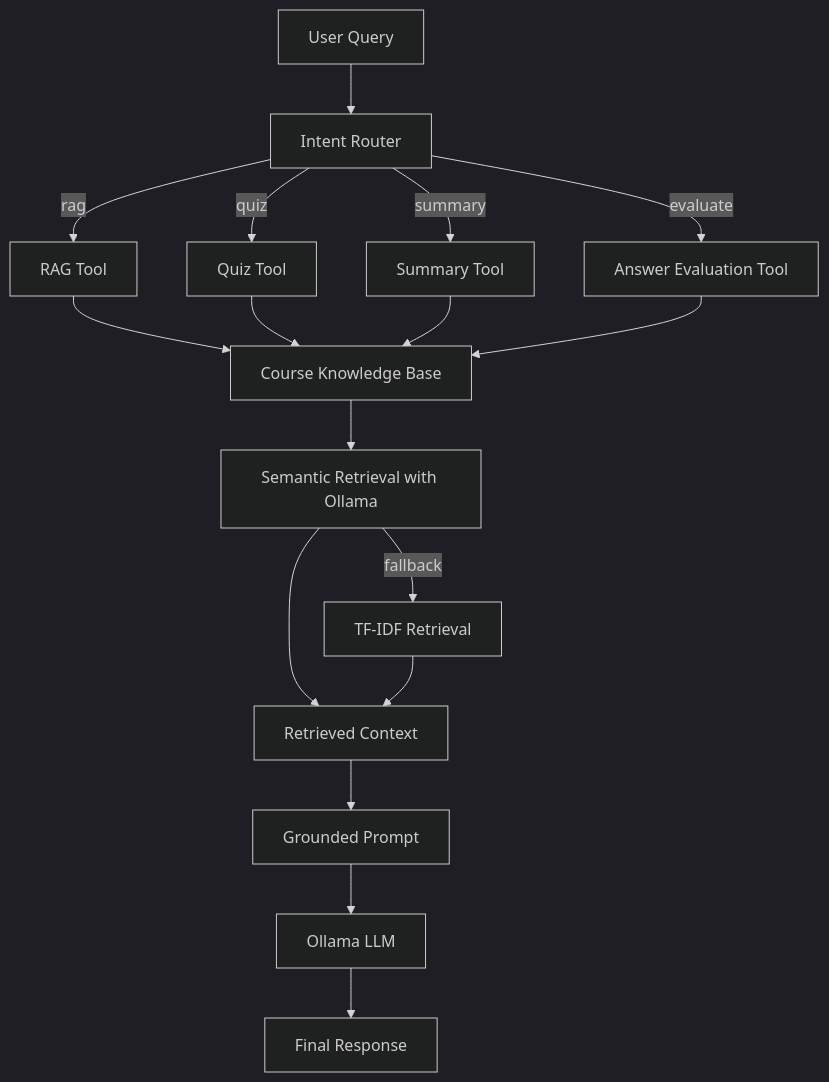
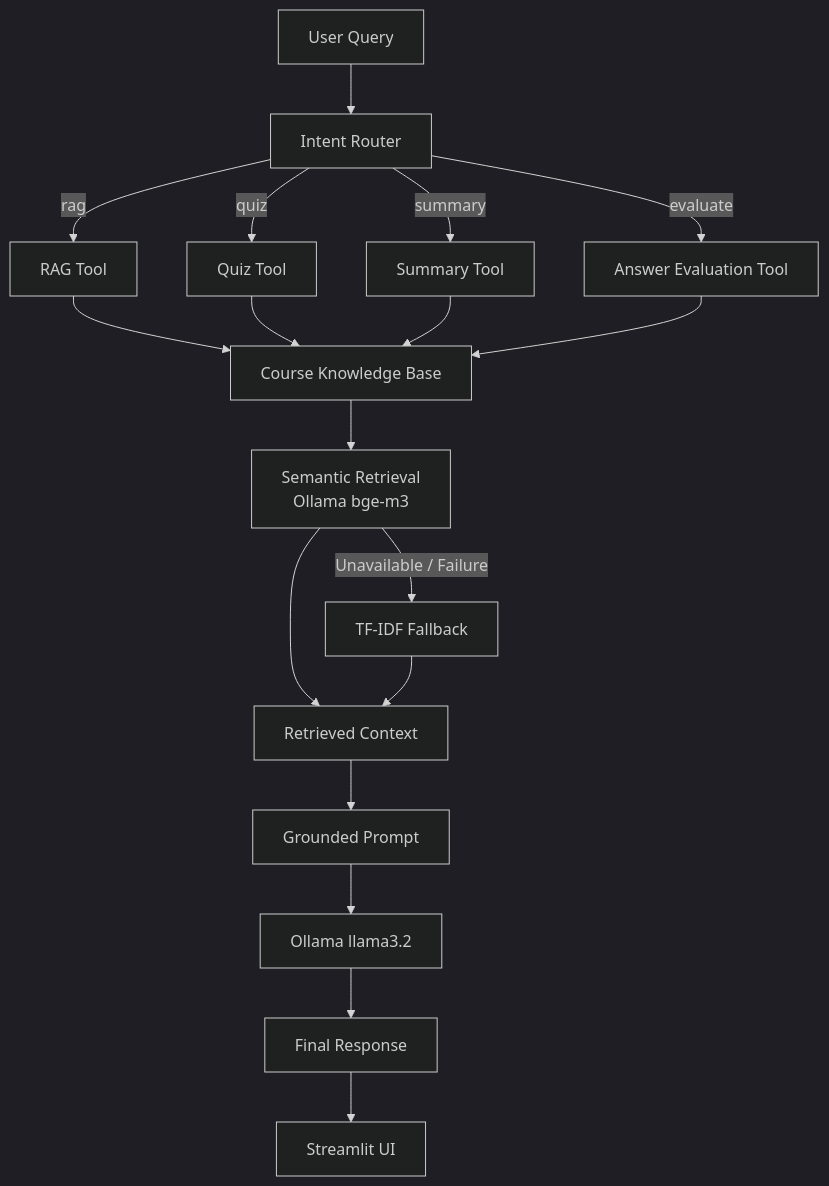
The diagram in README.md (Anshul-Rajpoot/LearnPilot-AI), drawn with Mermaid (dark theme) before and after one commit. The commit also changed other lines of this file, not shown here.

````diff
--- a/README.md
+++ b/README.md
@@ -21,19 +86,26 @@
 ```mermaid
 flowchart TD
     U[User Query] --> R[Intent Router]
+
     R -->|rag| T1[RAG Tool]
     R -->|quiz| T2[Quiz Tool]
     R -->|summary| T3[Summary Tool]
     R -->|evaluate| T4[Answer Evaluation Tool]
+
     T1 --> K[Course Knowledge Base]
     T2 --> K
     T3 --> K
     T4 --> K
-    K --> S[Semantic Retrieval with Ollama]
-    S -->|fallback| F[TF-IDF Retrieval]
+
+    K --> S[Semantic Retrieval<br/>Ollama bge-m3]
+    S -->|Unavailable / Failure| F[TF-IDF Fallback]
+
     S --> C[Retrieved Context]
     F --> C
+
     C --> P[Grounded Prompt]
-    P --> L[Ollama LLM]
+    P --> L[Ollama llama3.2]
     L --> A[Final Response]
+
+    A --> UI[Streamlit UI]
 ```
````
